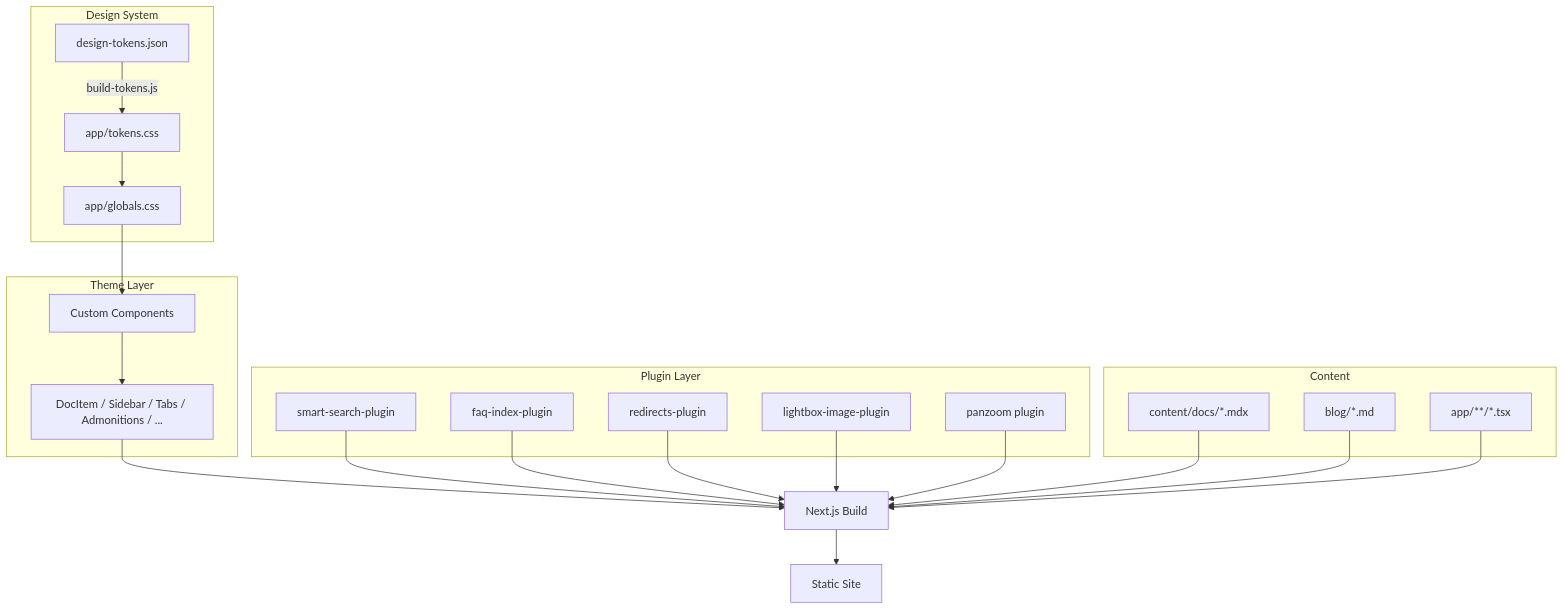
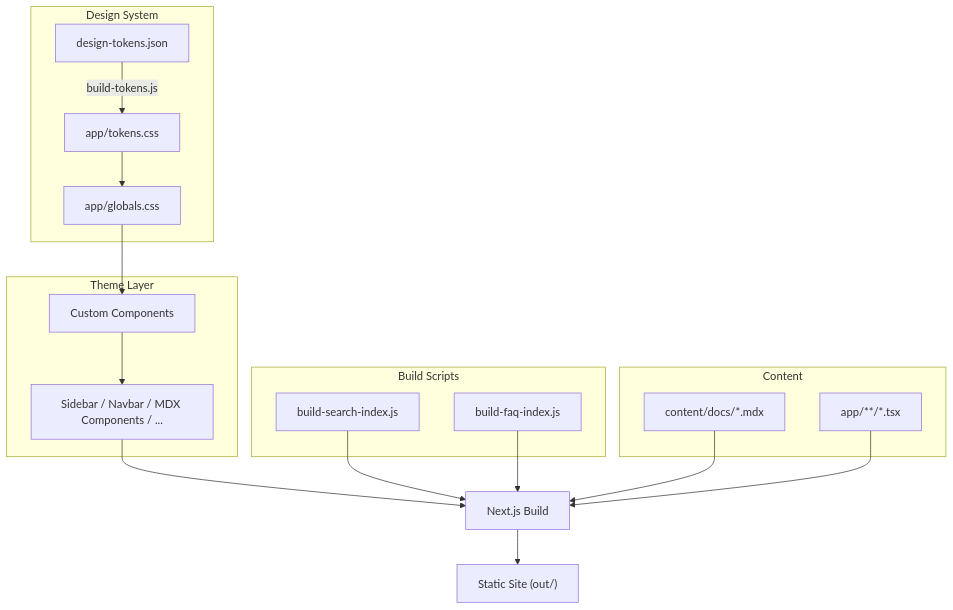
One commit to pixlngrid/trellis-docs changed the diagram in content/docs/overview/architecture.mdx. Above: the diagram before and after it, drawn with Mermaid. The commit also changed other lines of this file and 3 other files, not shown here.

````diff
--- a/content/docs/overview/architecture.mdx
+++ b/content/docs/overview/architecture.mdx
@@ -14,37 +14,29 @@
 ```mermaid
 graph TB
     subgraph "Design System"
         A[design-tokens.json] -->|build-tokens.js| B[app/tokens.css]
         B --> C[app/globals.css]
     end
 
     subgraph "Theme Layer"
         C --> D[Custom Components]
-        D --> E[DocItem / Sidebar / Tabs / Admonitions / ...]
+        D --> E[Sidebar / Navbar / MDX Components / ...]
     end
 
-    subgraph "Plugin Layer"
-        F[smart-search-plugin]
-        G[faq-index-plugin]
-        H[redirects-plugin]
-        I[lightbox-image-plugin]
-        J[panzoom plugin]
+    subgraph "Build Scripts"
+        F[build-search-index.js]
+        G[build-faq-index.js]
     end
 
     subgraph "Content"
         K[content/docs/*.mdx]
-        L[blog/*.md]
-        M[app/**/*.tsx]
+        L[app/**/*.tsx]
     end
 
     E --> N[Next.js Build]
     F --> N
     G --> N
-    H --> N
-    I --> N
-    J --> N
     K --> N
     L --> N
-    M --> N
-    N --> O[Static Site]
+    N --> O[Static Site &#40out/&#41]
 ```
````
